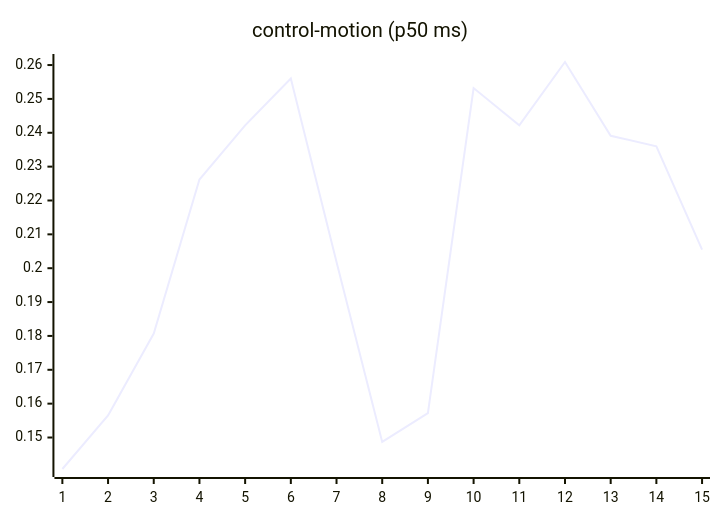
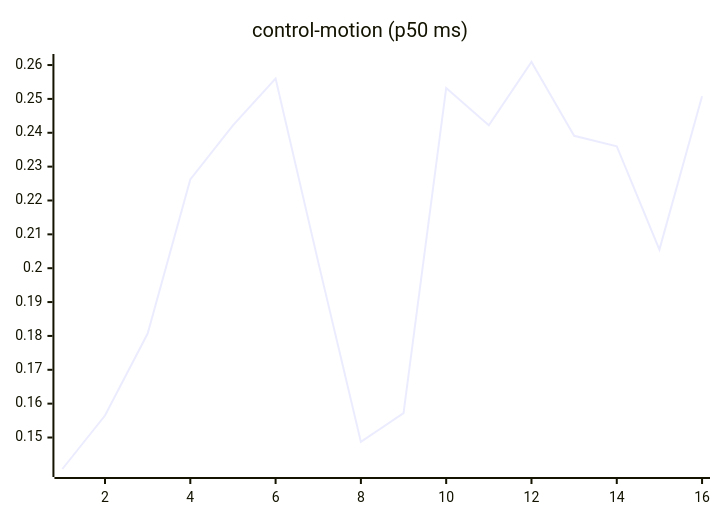
One commit to josha/Facet changed the seventh of 27 diagrams in README.md. Above: the diagram before and after it, drawn with Mermaid. The commit also changed other lines of this file and 2 other files, not shown here.

````diff
--- a/README.md
+++ b/README.md
@@ -105,6 +105,6 @@
 ```mermaid
 xychart-beta
     title "control-motion (p50 ms)"
-    x-axis 1 --> 15
-    line [0.1407, 0.1565, 0.1807, 0.2262, 0.2422, 0.2560, 0.2018, 0.1487, 0.1572, 0.2532, 0.2422, 0.2609, 0.2391, 0.2360, 0.2055]
+    x-axis 1 --> 16
+    line [0.1407, 0.1565, 0.1807, 0.2262, 0.2422, 0.2560, 0.2018, 0.1487, 0.1572, 0.2532, 0.2422, 0.2609, 0.2391, 0.2360, 0.2055, 0.2508]
 ```
````
